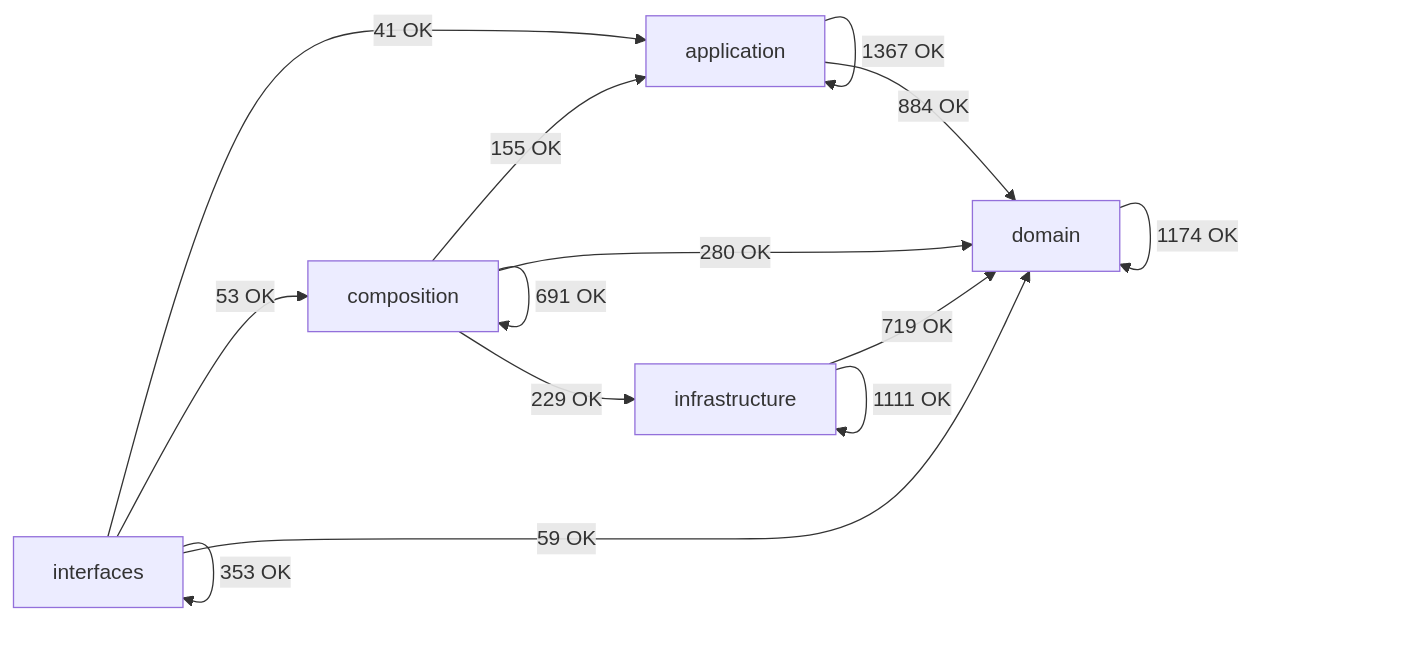
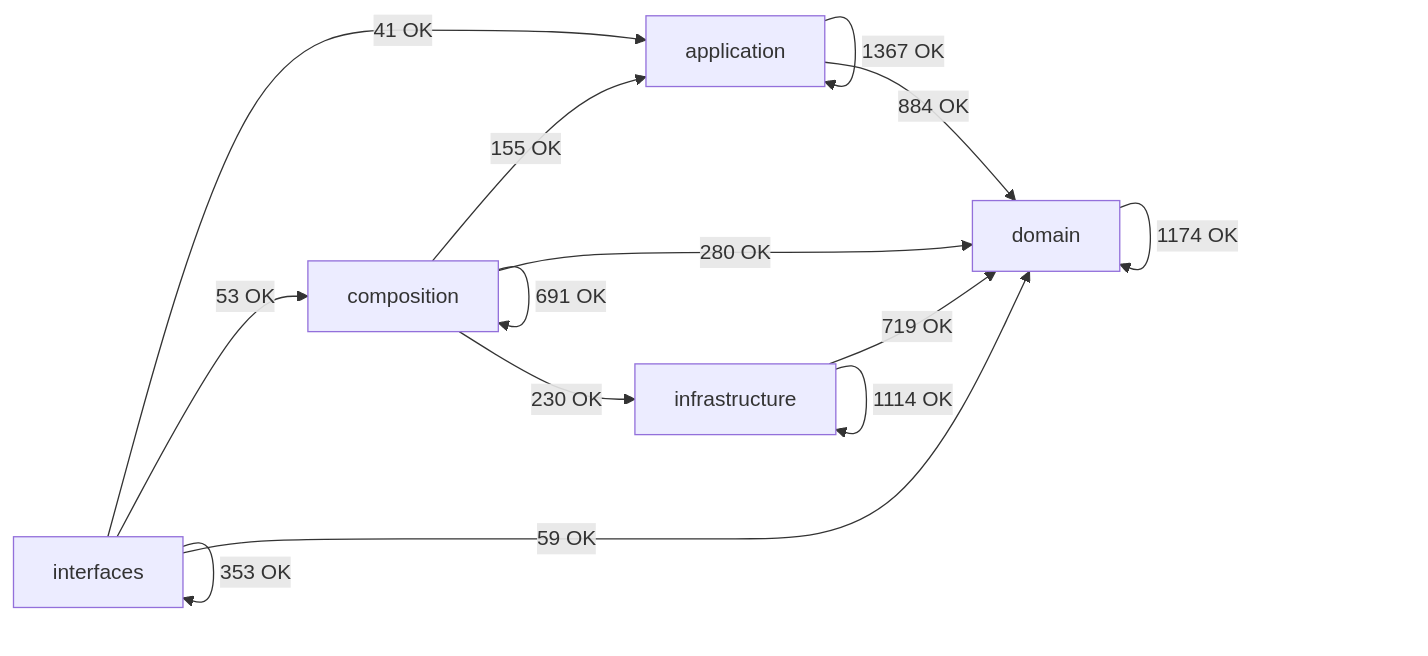
Before and after one commit to SatoryKono/BioactivityDataAcquisition: the diagram in docs/02-architecture/generated/module-dependency-map.md, drawn with Mermaid. The commit also changed other lines of this file and 27 other files, not shown here.

````diff
--- a/docs/02-architecture/generated/module-dependency-map.md
+++ b/docs/02-architecture/generated/module-dependency-map.md
@@ -17,21 +17,21 @@
 ```mermaid
 flowchart LR
     domain[domain]
     application[application]
     infrastructure[infrastructure]
     composition[composition]
     interfaces[interfaces]
     application -->|1367 OK| application
     application -->|884 OK| domain
     composition -->|155 OK| application
     composition -->|691 OK| composition
     composition -->|280 OK| domain
-    composition -->|229 OK| infrastructure
+    composition -->|230 OK| infrastructure
     domain -->|1174 OK| domain
     infrastructure -->|719 OK| domain
-    infrastructure -->|1111 OK| infrastructure
+    infrastructure -->|1114 OK| infrastructure
     interfaces -->|41 OK| application
     interfaces -->|53 OK| composition
     interfaces -->|59 OK| domain
     interfaces -->|353 OK| interfaces
 ```
````
